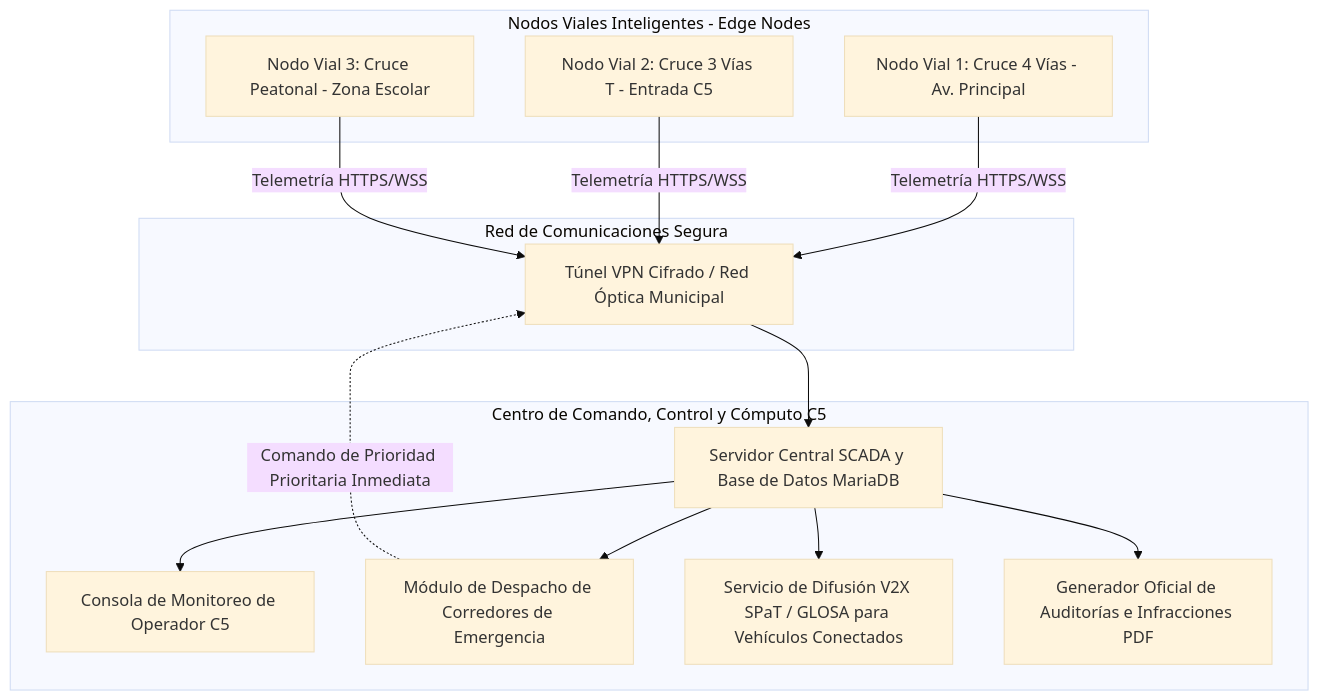
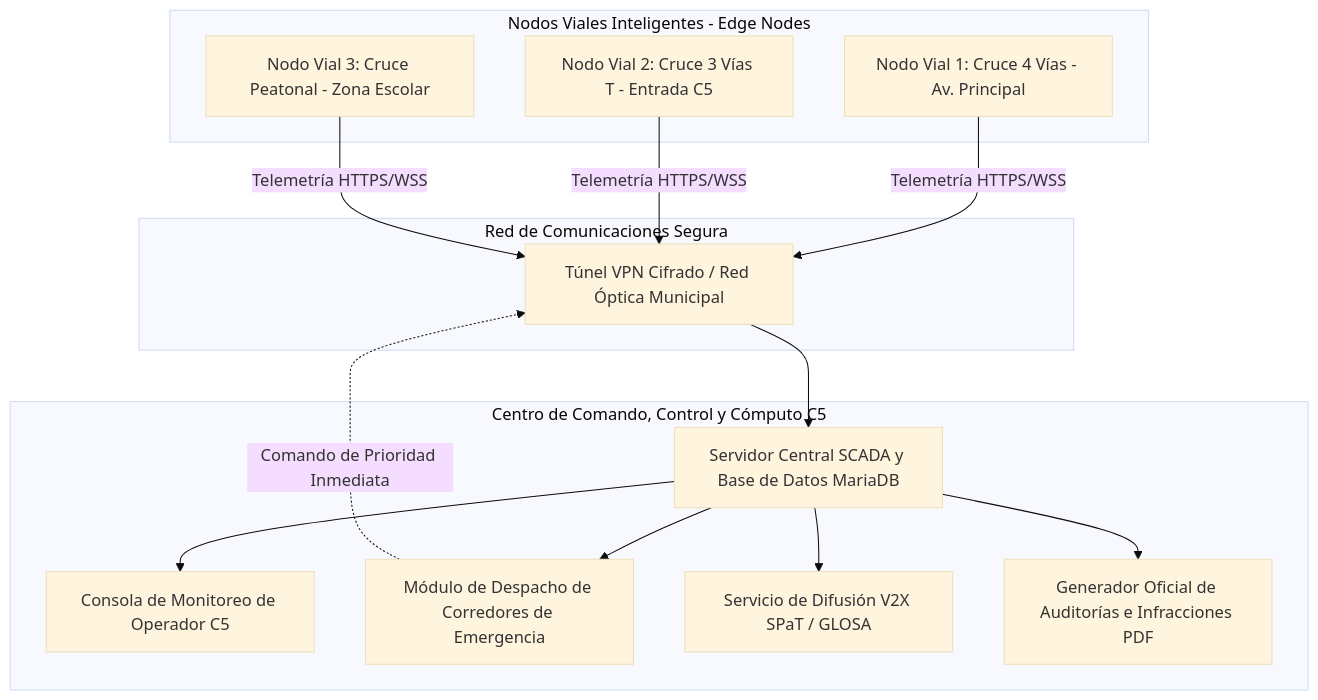
One commit to Pozole98/fluxa-smart-city changed the fourth of 4 diagrams in docs/MANUAL_TECNICO.md. Above: the diagram before and after it, drawn with Mermaid (base theme). The commit also changed other lines of this file and 4 other files, not shown here.

Commit message:
fix(docs): corregir sintaxis de diagramas Mermaid para renderizado nativo en GitHub

````diff
--- a/docs/MANUAL_TECNICO.md
+++ b/docs/MANUAL_TECNICO.md
@@ -170,32 +163,32 @@
 ```mermaid
-graph TD
-    subgraph INTERSECCIONES [Nodos Viales Inteligentes - Edge Nodes]
-        NODE1[Nodo Vial 1: Cruce 4 Vías - Av. Principal]
-        NODE2[Nodo Vial 2: Cruce 3 Vías T - Entrada C5]
-        NODE3[Nodo Vial 3: Cruce Peatonal - Zona Escolar]
+flowchart TD
+    subgraph INTERSECCIONES ["Nodos Viales Inteligentes - Edge Nodes"]
+        NODE1["Nodo Vial 1: Cruce 4 Vías - Av. Principal"]
+        NODE2["Nodo Vial 2: Cruce 3 Vías T - Entrada C5"]
+        NODE3["Nodo Vial 3: Cruce Peatonal - Zona Escolar"]
     end
 
-    subgraph RED_TRANSPORTE [Red de Comunicaciones Segura]
-        VPN[Túnel VPN Cifrado / Red Óptica Municipal]
+    subgraph RED_TRANSPORTE ["Red de Comunicaciones Segura"]
+        VPN["Túnel VPN Cifrado / Red Óptica Municipal"]
     end
 
-    subgraph CENTRO_MANDO_C5 [Centro de Comando, Control y Cómputo C5]
-        SCADA_SERVER[Servidor Central SCADA y Base de Datos MariaDB]
-        OPERATOR_CONSOLE[Consola de Monitoreo de Operador C5]
-        EMERGENCY_DISPATCH[Módulo de Despacho de Corredores de Emergencia]
-        V2X_BROADCAST[Servicio de Difusión V2X SPaT / GLOSA para Vehículos Conectados]
-        REPORT_GEN[Generador Oficial de Auditorías e Infracciones PDF]
+    subgraph CENTRO_MANDO_C5 ["Centro de Comando, Control y Cómputo C5"]
+        SCADA_SERVER["Servidor Central SCADA y Base de Datos MariaDB"]
+        OPERATOR_CONSOLE["Consola de Monitoreo de Operador C5"]
+        EMERGENCY_DISPATCH["Módulo de Despacho de Corredores de Emergencia"]
+        V2X_BROADCAST["Servicio de Difusión V2X SPaT / GLOSA"]
+        REPORT_GEN["Generador Oficial de Auditorías e Infracciones PDF"]
     end
 
     NODE1 -->|Telemetría HTTPS/WSS| VPN
     NODE2 -->|Telemetría HTTPS/WSS| VPN
     NODE3 -->|Telemetría HTTPS/WSS| VPN
 
     VPN --> SCADA_SERVER
     SCADA_SERVER --> OPERATOR_CONSOLE
     SCADA_SERVER --> EMERGENCY_DISPATCH
     SCADA_SERVER --> V2X_BROADCAST
     SCADA_SERVER --> REPORT_GEN
     
-    EMERGENCY_DISPATCH -.->|Comando de Prioridad Prioritaria Inmediata| VPN
+    EMERGENCY_DISPATCH -.->|Comando de Prioridad Inmediata| VPN
 ```
````
